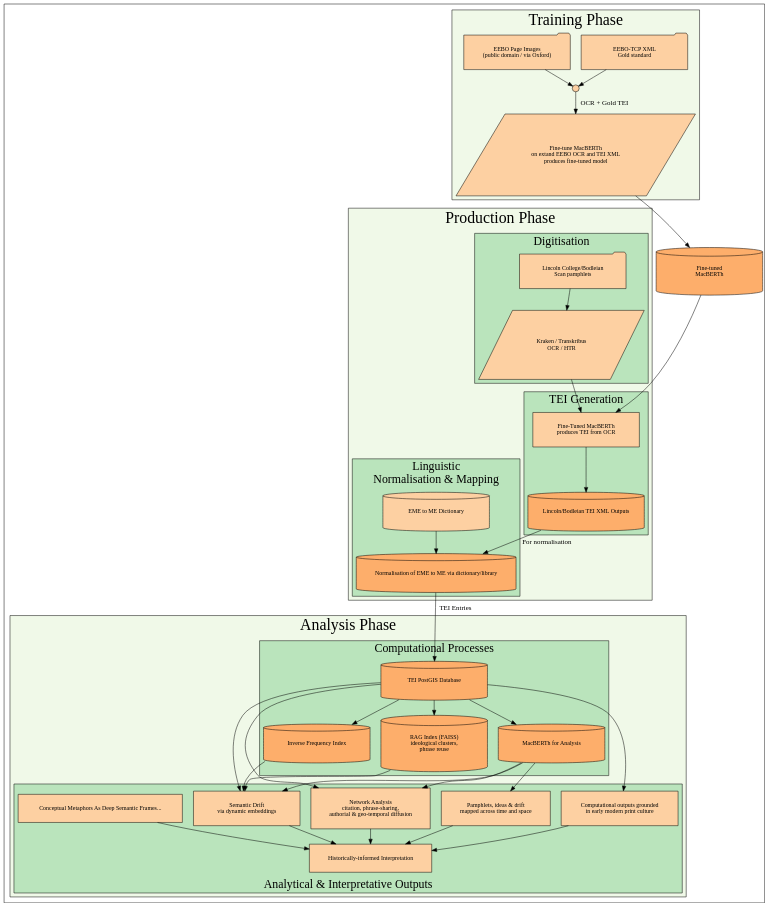
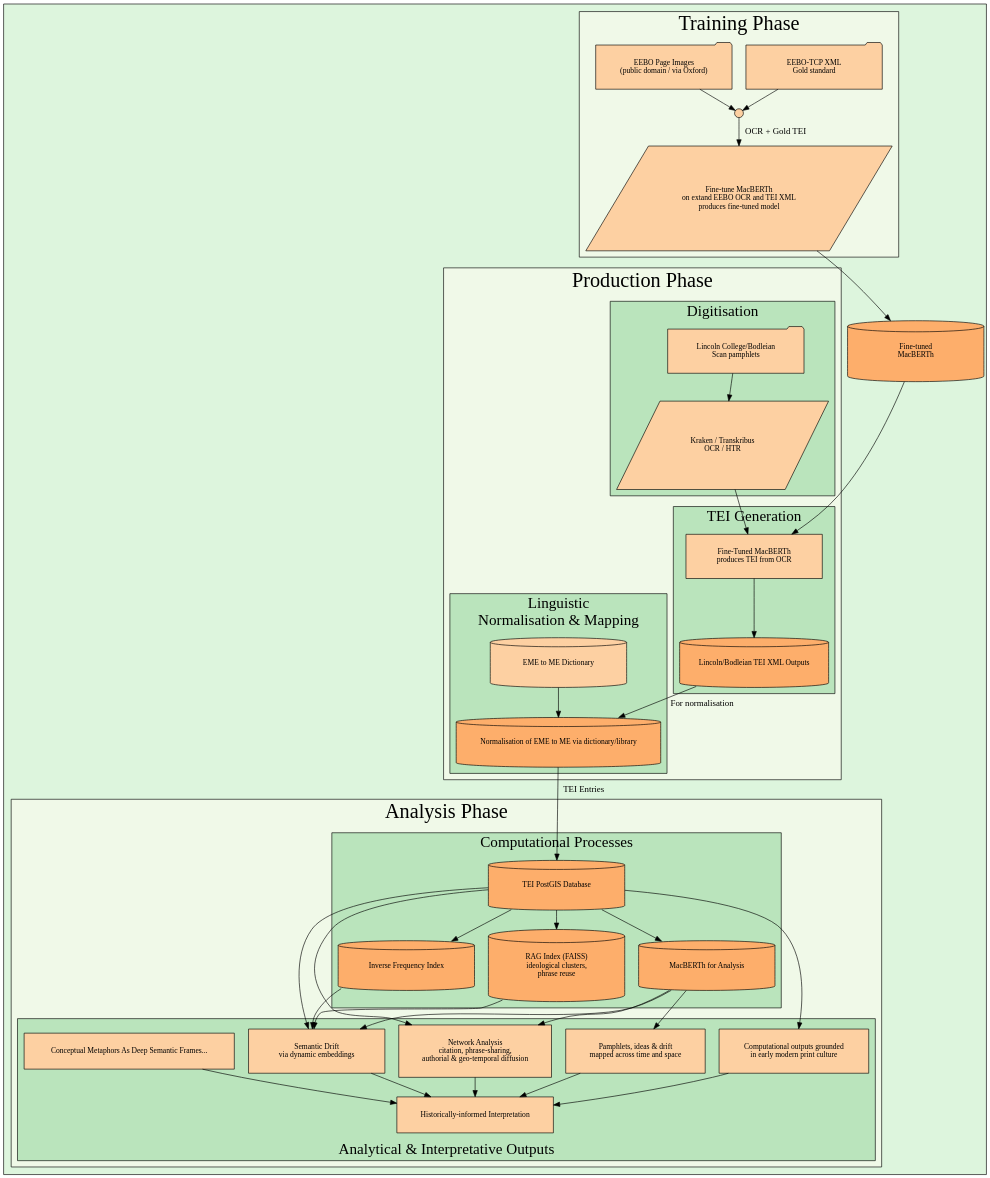
One commit to leegee/mutatis-mutandis changed the diagram in docs/graph.dot. Above: the diagram before and after it, drawn with Graphviz. The commit also changed 3 other files, not shown here.

```diff
--- a/docs/graph.dot
+++ b/docs/graph.dot
@@ -7,12 +7,15 @@
     //   2 = medium  → sub-clusters
     //   3 = darkest → nodes
     // ======================================================
-    engine=patchwork;
+    colorscheme=gnbu4;
+    compound=true;
     rankdir=TB;
-    colorscheme=gnbu4;
+    center=true;
+    bgcolor="#ddf5dd";
+    fontname="Figtree";
     ranksep=0.4;
     nodesep=0.3;
-    fontname="Figtree";
+    margin="10";
 
     node [
         shape=box,
@@ -31,6 +34,7 @@
     // Training Phase
     // =========================
     subgraph cluster_training {
+        clusterrank=local;
         label="Training Phase";
         fontweight="light";
         fontname="Figtree Light";
@@ -63,6 +67,7 @@
     // Production Phase
     // =========================
     subgraph cluster_production {
+        clusterrank=local;
         label="Production Phase";
         fontname="Figtree Light";
         fontsize=32;
@@ -116,6 +121,7 @@
     // Analysis Phase
     // =========================
     subgraph cluster_analysis {
+        clusterrank=local;
         label="Analysis Phase";
         fontname="Figtree Light";
         fontsize=32;
@@ -124,6 +130,7 @@
 
         // Computation
         subgraph cluster_computation {
+            clusterrank=local;
             label="Computational Processes";
             fontname="Figtree Light";
             fontsize=24;
```
